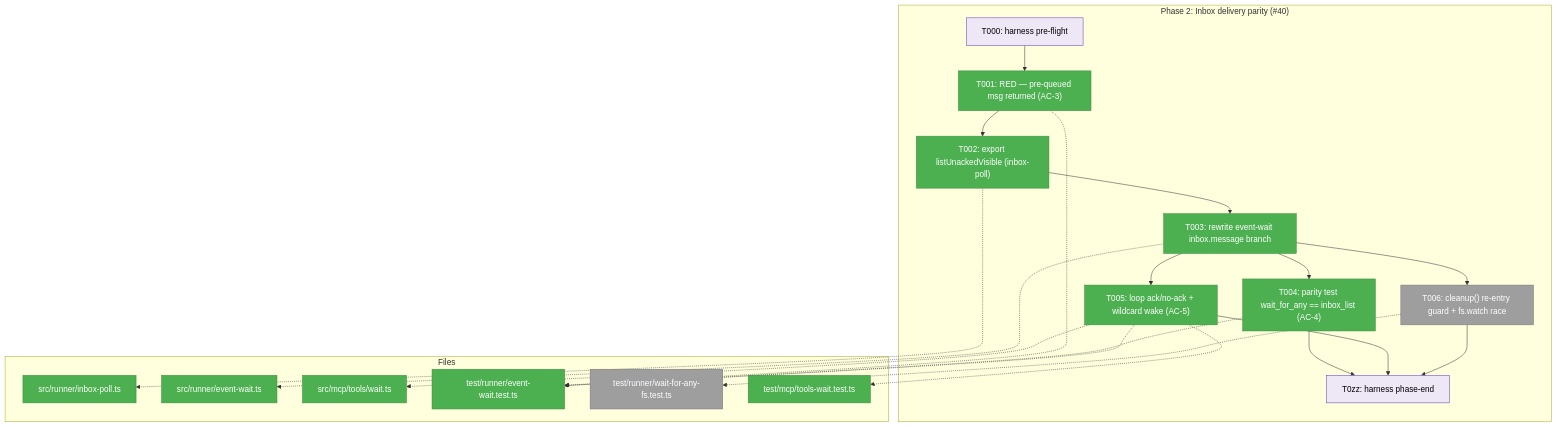
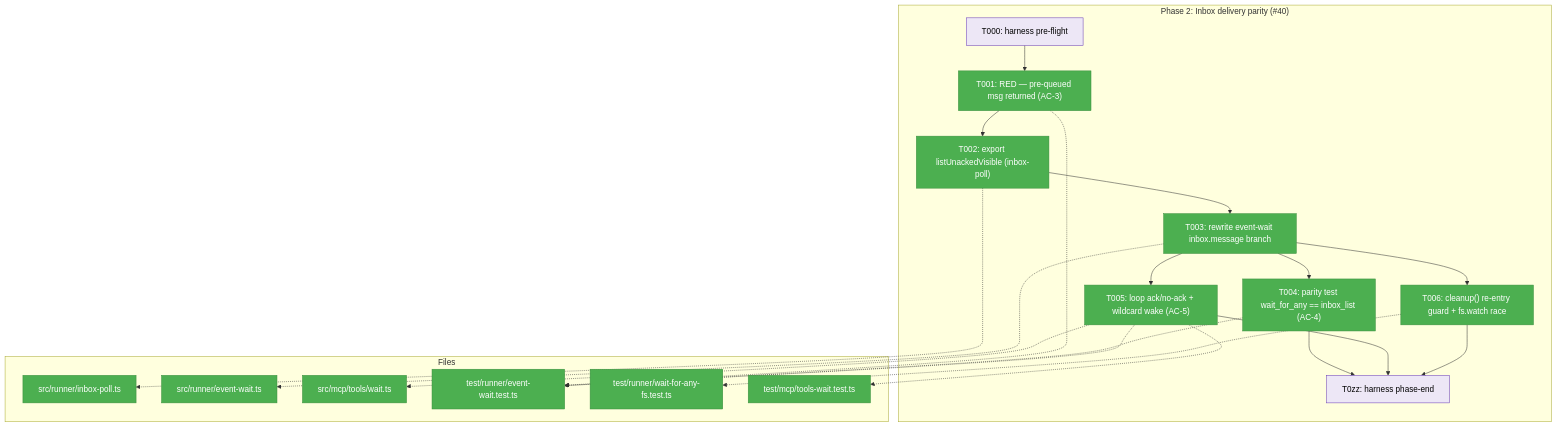
Before and after one commit to AI-Substrate/minih: the first of 3 diagrams in docs/plans/027-companion-coordination/tasks/phase-2-inbox-delivery-parity/tasks.md, drawn with Mermaid. The commit also changed other lines of this file and 5 other files, not shown here.

First line of the commit message:
fix(runner): cleanup() re-entry guard + real fs.watch teardown race (#40 T006)

````diff
--- a/docs/plans/027-companion-coordination/tasks/phase-2-inbox-delivery-parity/tasks.md
+++ b/docs/plans/027-companion-coordination/tasks/phase-2-inbox-delivery-parity/tasks.md
@@ -79,43 +79,43 @@
 ```mermaid
 flowchart TD
     classDef pending fill:#9E9E9E,stroke:#757575,color:#fff
     classDef completed fill:#4CAF50,stroke:#388E3C,color:#fff
     classDef seam fill:#EDE7F6,stroke:#673AB7,color:#000
 
     subgraph Phase["Phase 2: Inbox delivery parity (#40)"]
         T000["T000: harness pre-flight"]:::seam
         T001["T001: RED — pre-queued msg returned (AC-3)"]:::completed
         T002["T002: export listUnackedVisible (inbox-poll)"]:::completed
         T003["T003: rewrite event-wait inbox.message branch"]:::completed
         T004["T004: parity test wait_for_any == inbox_list (AC-4)"]:::completed
         T005["T005: loop ack/no-ack + wildcard wake (AC-5)"]:::completed
-        T006["T006: cleanup() re-entry guard + fs.watch race"]:::pending
+        T006["T006: cleanup() re-entry guard + fs.watch race"]:::completed
         T0zz["T0zz: harness phase-end"]:::seam
 
         T000 --> T001 --> T002 --> T003
         T003 --> T004
         T003 --> T005
         T003 --> T006
         T004 --> T0zz
         T005 --> T0zz
         T006 --> T0zz
     end
 
     subgraph Files["Files"]
         F1["src/runner/inbox-poll.ts"]:::completed
         F2["src/runner/event-wait.ts"]:::completed
         F3["src/mcp/tools/wait.ts"]:::completed
         FT1["test/runner/event-wait.test.ts"]:::completed
-        FT2["test/runner/wait-for-any-fs.test.ts"]:::pending
+        FT2["test/runner/wait-for-any-fs.test.ts"]:::completed
         FT3["test/mcp/tools-wait.test.ts"]:::completed
     end
 
     T002 -.-> F1
     T003 -.-> F2
     T001 -.-> FT1
     T004 -.-> FT1
     T005 -.-> FT1
     T005 -.-> FT3
     T006 -.-> FT2
     T005 -.-> F3
 ```
````
